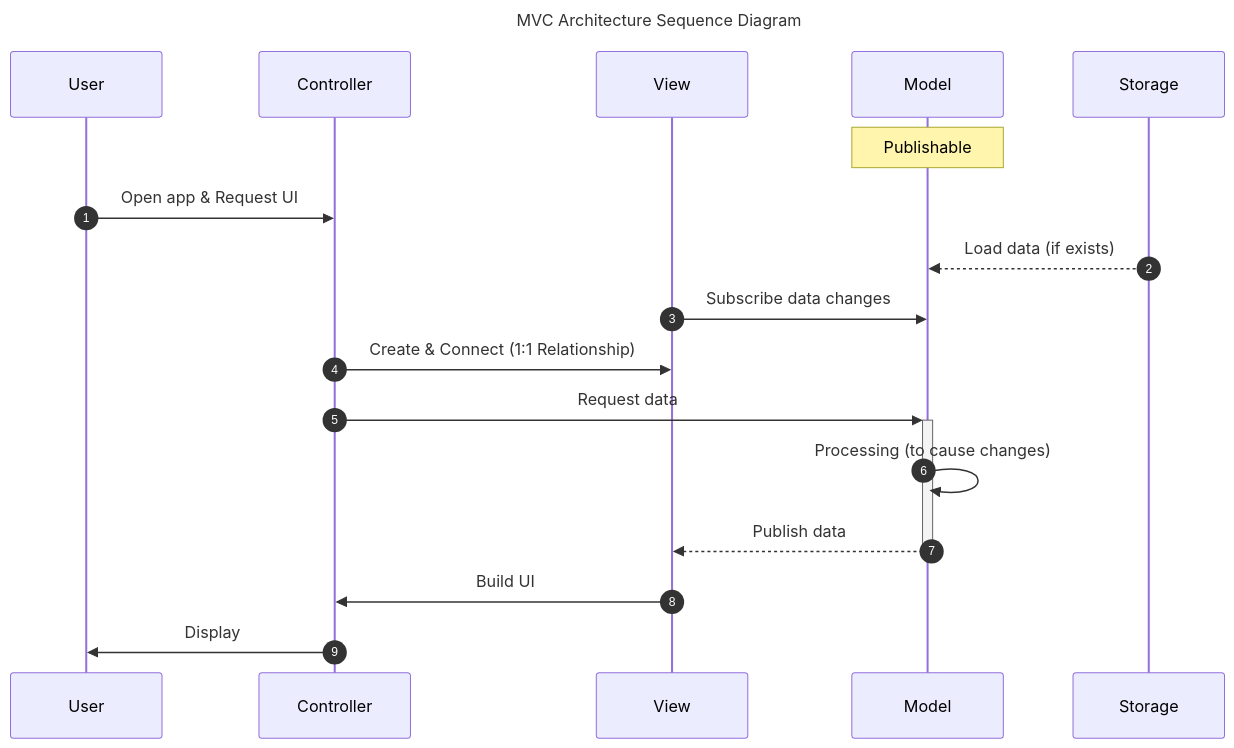
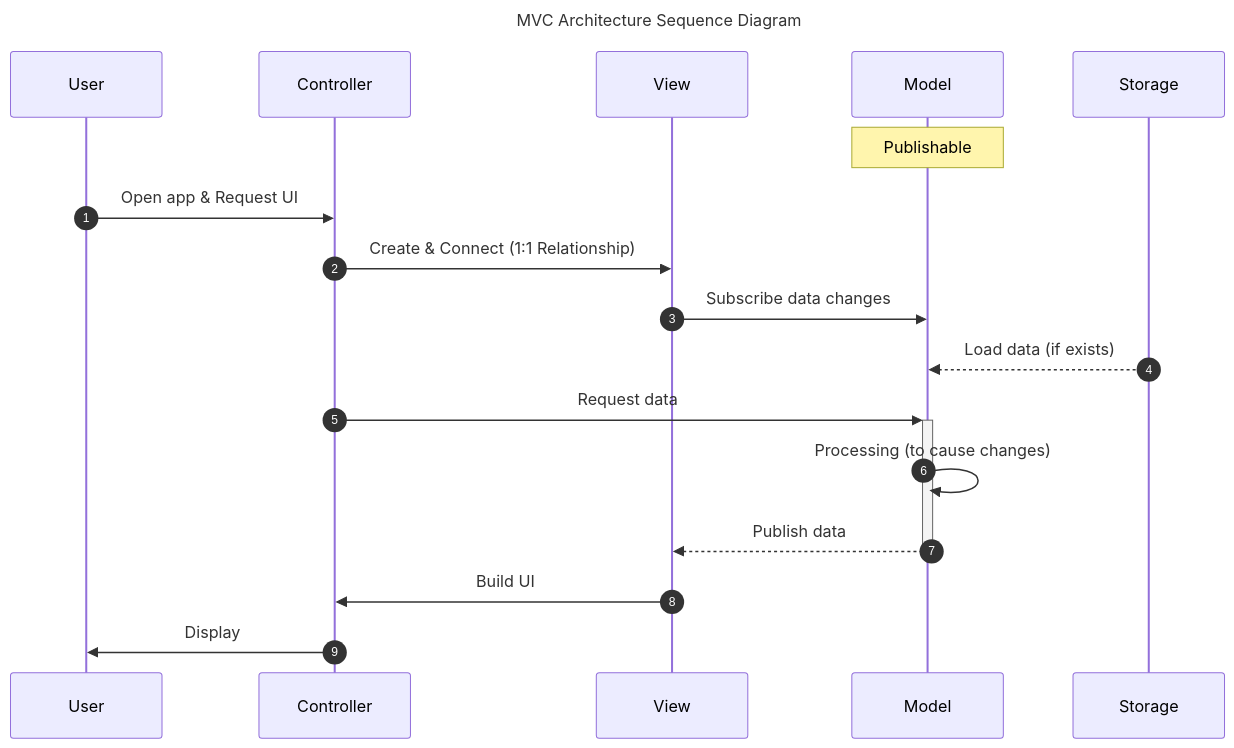
The first of 2 diagrams in README.md (nbcamp/to-do-list), drawn with Mermaid before and after one commit. The commit also changed other lines of this file, not shown here.

````diff
--- a/README.md
+++ b/README.md
@@ -122,26 +120,27 @@
 ```mermaid
 ---
 title: MVC Architecture Sequence Diagram
 ---
+
 sequenceDiagram
 
 participant User
 participant Controller
 participant View
 participant Model
 participant Storage
 
 Note over Model: Publishable
 
 autonumber
 
 User->>Controller: Open app & Request UI
+Controller->>View: Create & Connect (1:1 Relationship)
+View->>Model: Subscribe data changes
 Storage-->>Model: Load data (if exists)
-View->>Model: Subscribe data changes
-Controller->>View: Create & Connect (1:1 Relationship)
 Controller->>+Model: Request data
 Model->>Model: Processing (to cause changes)
 Model-->>-View: Publish data
 View->>Controller: Build UI
 Controller->>User: Display
 ```
````
